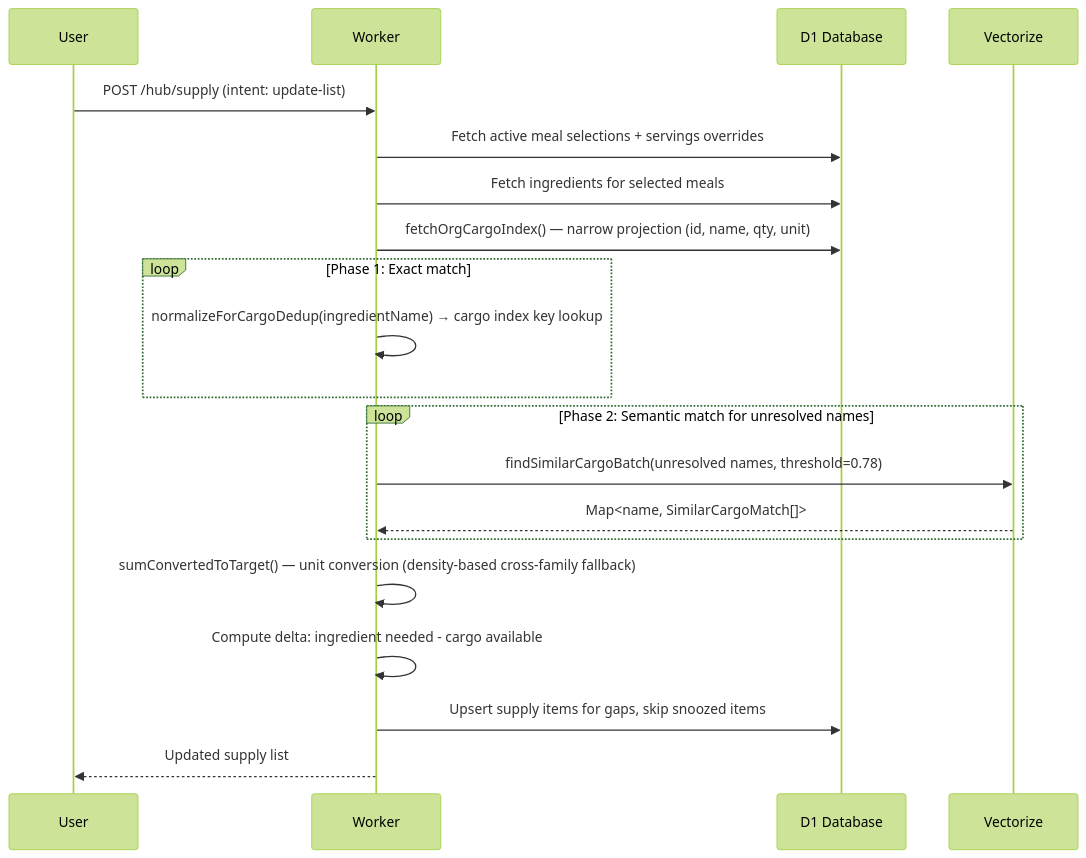
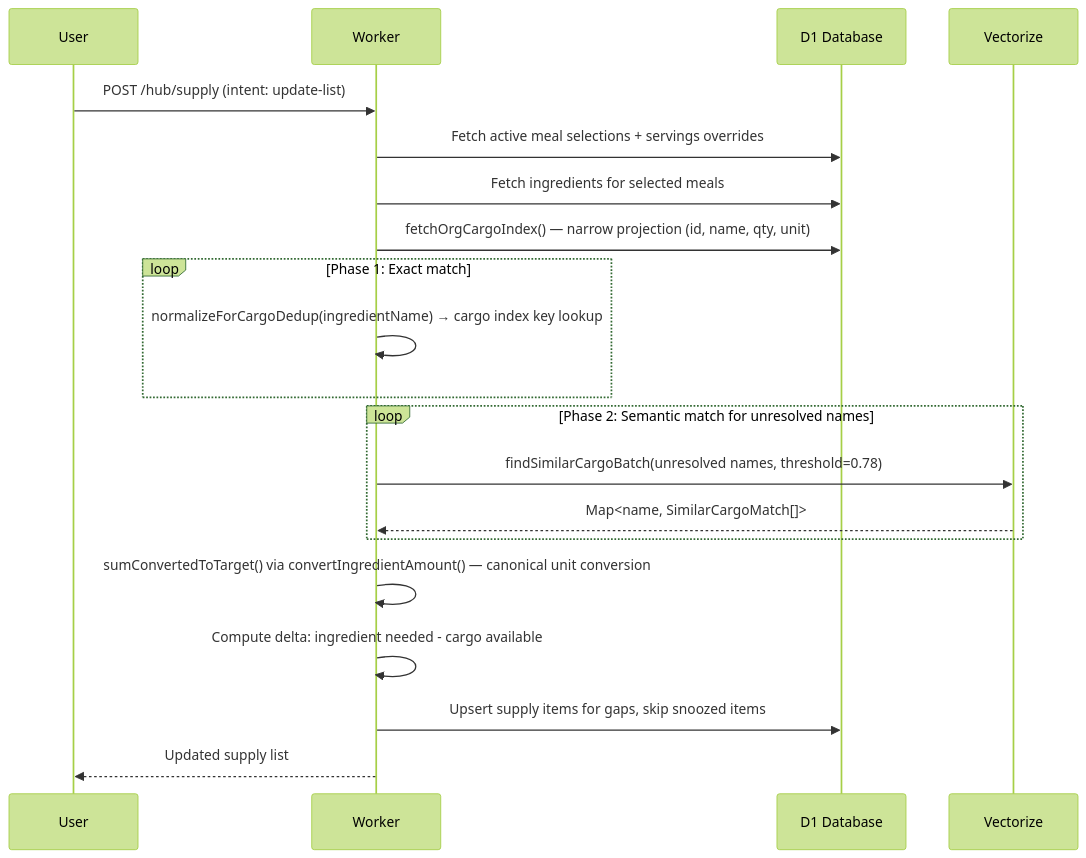
One commit to bjamesdowning/ration-mirror changed the tenth of 21 diagrams in README.md. Above: the diagram before and after it, drawn with Mermaid (forest theme). The commit also changed other lines of this file and 10 other files, not shown here.

First line of the commit message:
fix: standardize unit conversion across matching, cook deduction, supply

````diff
--- a/README.md
+++ b/README.md
@@ -437,26 +437,26 @@
 ```mermaid
 sequenceDiagram
     participant User as User
     participant Worker as Worker
     participant D1 as D1 Database
     participant Vectorize as Vectorize
 
     User->>Worker: POST /hub/supply (intent: update-list)
     Worker->>D1: Fetch active meal selections + servings overrides
     Worker->>D1: Fetch ingredients for selected meals
     Worker->>D1: fetchOrgCargoIndex() — narrow projection (id, name, qty, unit)
 
     loop Phase 1: Exact match
         Worker->>Worker: normalizeForCargoDedup(ingredientName) → cargo index key lookup
     end
 
     loop Phase 2: Semantic match for unresolved names
         Worker->>Vectorize: findSimilarCargoBatch(unresolved names, threshold=0.78)
         Vectorize-->>Worker: Map<name, SimilarCargoMatch[]>
     end
 
-    Worker->>Worker: sumConvertedToTarget() — unit conversion (density-based cross-family fallback)
+    Worker->>Worker: sumConvertedToTarget() via convertIngredientAmount() — canonical unit conversion
     Worker->>Worker: Compute delta: ingredient needed - cargo available
     Worker->>D1: Upsert supply items for gaps, skip snoozed items
     Worker-->>User: Updated supply list
 ```
````
